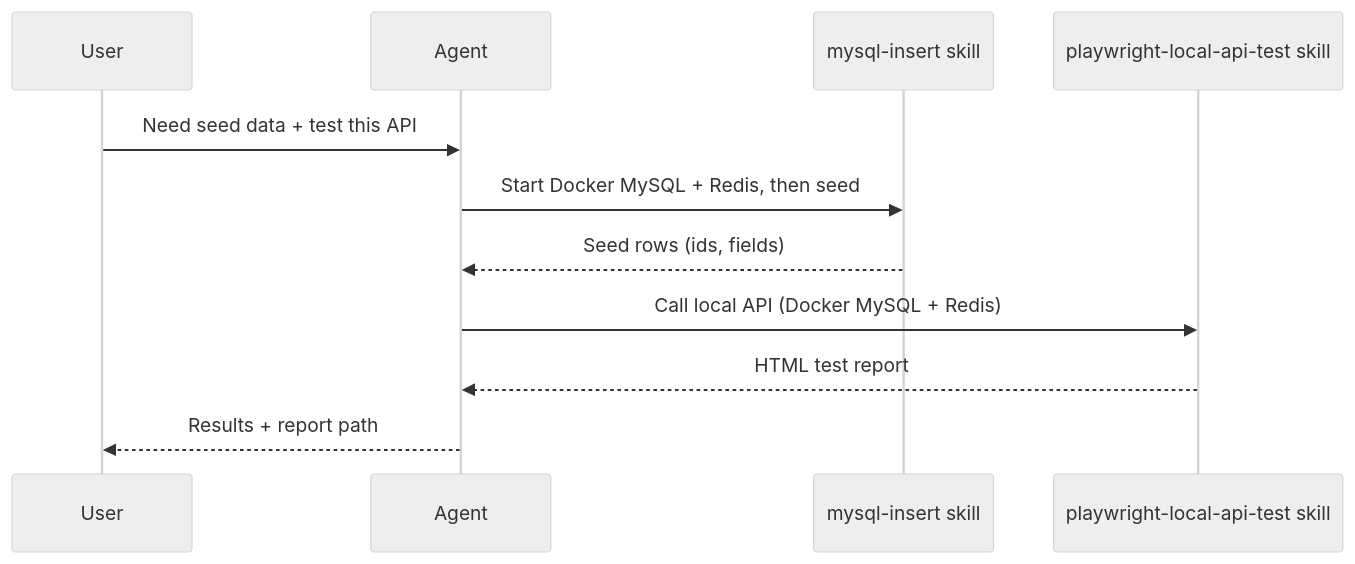
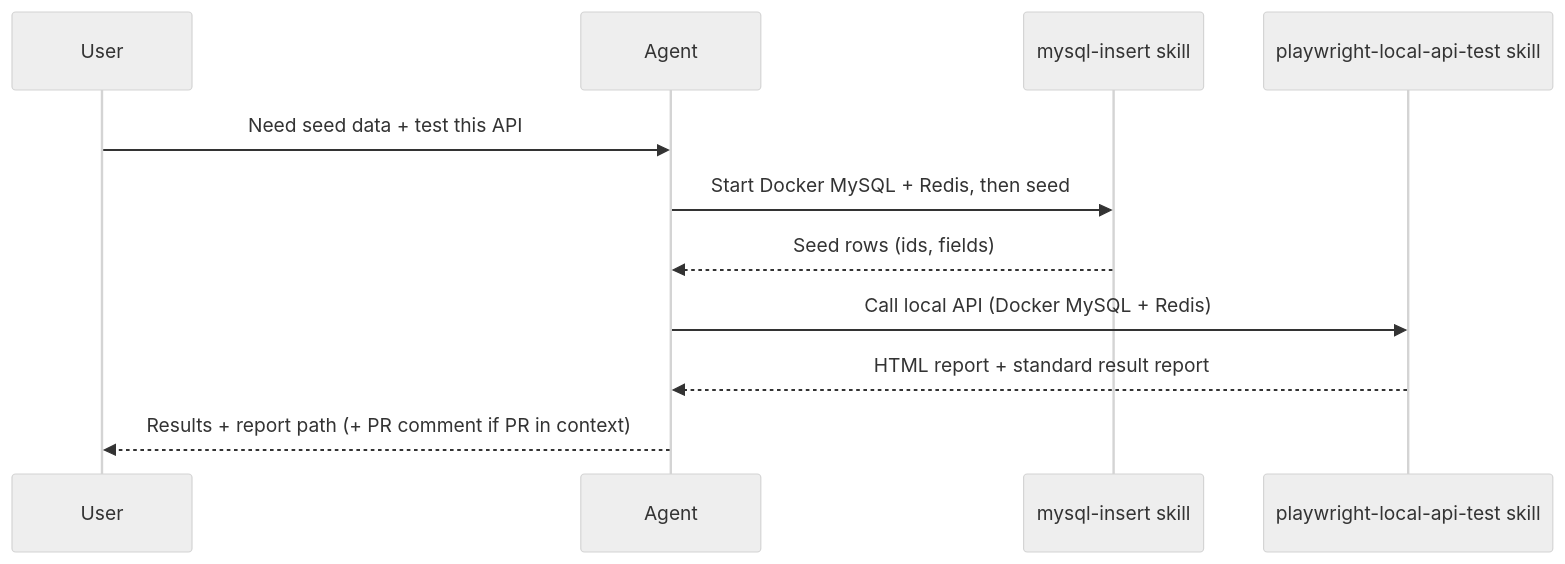
One commit to prapsky/agent-skills changed the first of 2 diagrams in README.md. Above: the diagram before and after it, drawn with Mermaid (neutral theme). The commit also changed other lines of this file and 3 other files, not shown here.

Commit message:
Require a standard local-test result report after Playwright runs so agents always share issue, root cause, request, and response in the same clear shape.

````diff
--- a/README.md
+++ b/README.md
@@ -92,14 +92,14 @@
 ```mermaid
 sequenceDiagram
   participant User
   participant Agent
   participant MySQL as mysql-insert skill
   participant PW as playwright-local-api-test skill
 
   User->>Agent: Need seed data + test this API
   Agent->>MySQL: Start Docker MySQL + Redis, then seed
   MySQL-->>Agent: Seed rows (ids, fields)
   Agent->>PW: Call local API (Docker MySQL + Redis)
-  PW-->>Agent: HTML test report
-  Agent-->>User: Results + report path
+  PW-->>Agent: HTML report + standard result report
+  Agent-->>User: Results + report path (+ PR comment if PR in context)
 ```
````
